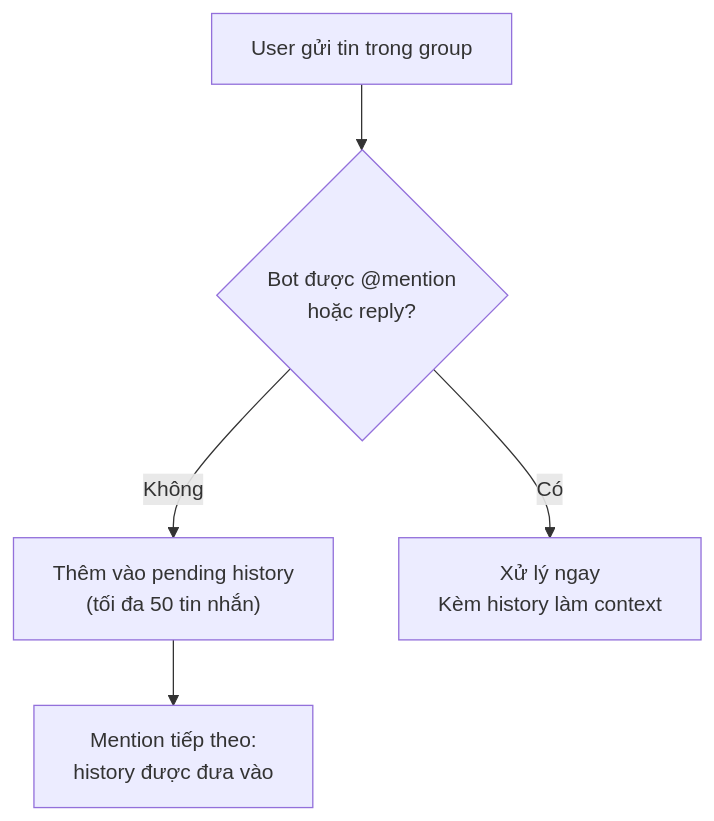
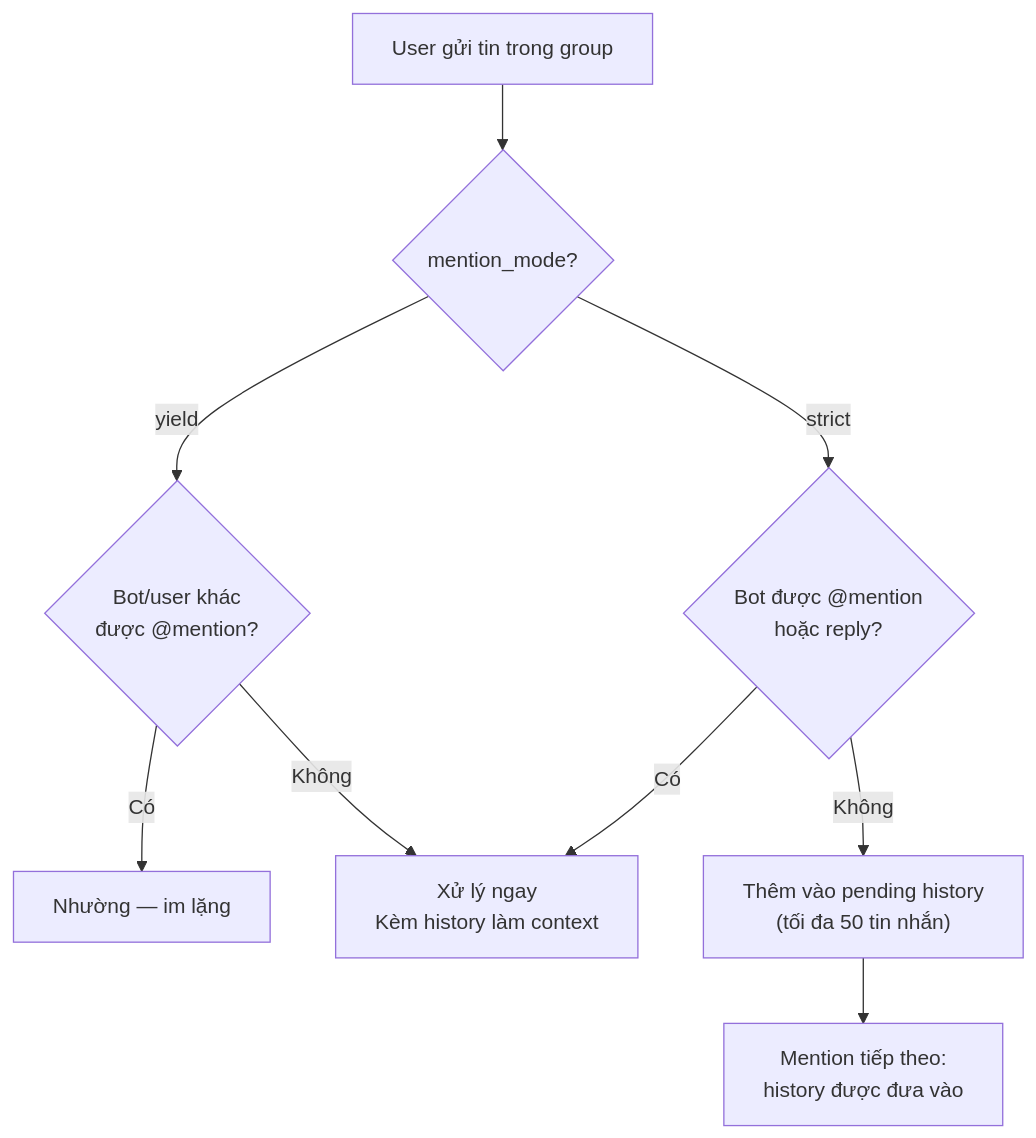
One commit to nextlevelbuilder/goclaw-docs changed the diagram in vi/channels/telegram.md. Above: the diagram before and after it, drawn with Mermaid. The commit also changed other lines of this file and 11 other files, not shown here.

````diff
--- a/vi/channels/telegram.md
+++ b/vi/channels/telegram.md
@@ -110,7 +136,11 @@
 ```mermaid
 flowchart TD
-    MSG["User gửi tin trong group"] --> MENTION{"Bot được @mention<br/>hoặc reply?"}
+    MSG["User gửi tin trong group"] --> MODE{"mention_mode?"}
+    MODE -->|strict| MENTION{"Bot được @mention<br/>hoặc reply?"}
+    MODE -->|yield| OTHER{"Bot/user khác<br/>được @mention?"}
+    OTHER -->|Có| YIELD["Nhường — im lặng"]
+    OTHER -->|Không| PROCESS
     MENTION -->|Không| BUFFER["Thêm vào pending history<br/>(tối đa 50 tin nhắn)"]
     MENTION -->|Có| PROCESS["Xử lý ngay<br/>Kèm history làm context"]
     BUFFER --> NEXT["Mention tiếp theo:<br/>history được đưa vào"]
 ```
````
